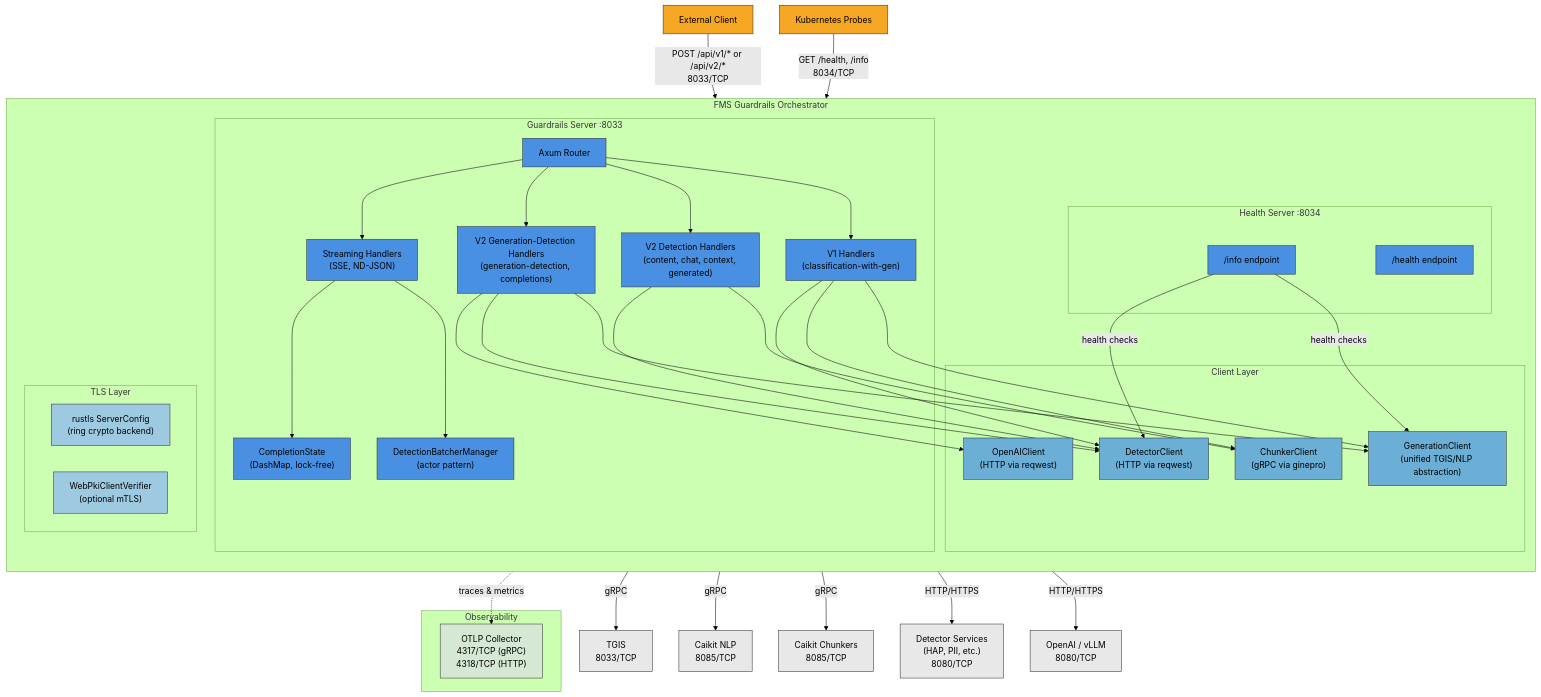
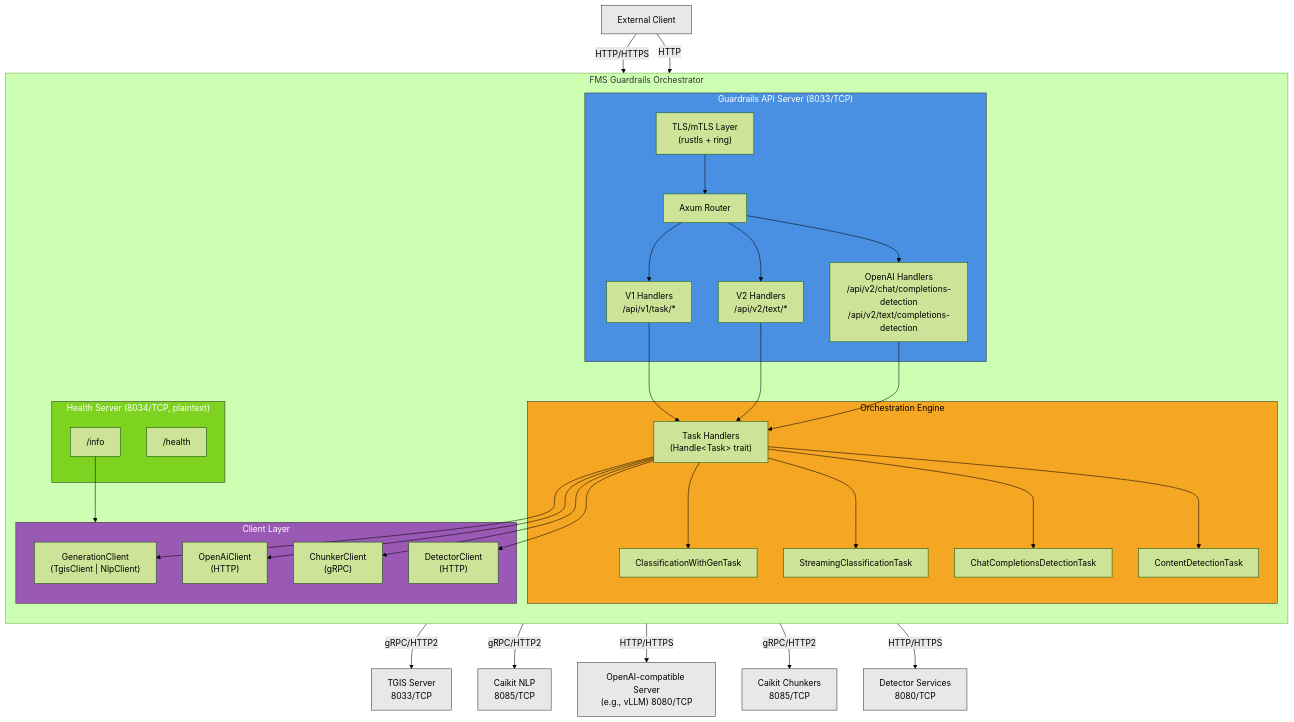
Before and after one commit to rhuss/architecture-context: the diagram in architecture/rhoai.next/diagrams/fms-guardrails-orchestrator-component.mmd, drawn with Mermaid (forest theme). The commit also changed 1834 other files, not shown here.

Commit message:
regenerate architecture for rhoai.next and rhoai-3.4 (#20)

```diff
--- a/architecture/rhoai.next/diagrams/fms-guardrails-orchestrator-component.mmd
+++ b/architecture/rhoai.next/diagrams/fms-guardrails-orchestrator-component.mmd
@@ -1,87 +1,68 @@
 graph TB
     subgraph "FMS Guardrails Orchestrator"
         direction TB
-        subgraph "Guardrails Server :8033"
+        subgraph MainServer["Guardrails API Server (8033/TCP)"]
             Router[Axum Router]
-            V1Handler["V1 Handlers<br/>(classification-with-gen)"]
-            V2DetHandler["V2 Detection Handlers<br/>(content, chat, context, generated)"]
-            V2GenHandler["V2 Generation-Detection Handlers<br/>(generation-detection, completions)"]
-            StreamHandler["Streaming Handlers<br/>(SSE, ND-JSON)"]
-            DetectionBatcher["DetectionBatcherManager<br/>(actor pattern)"]
-            CompletionState["CompletionState<br/>(DashMap, lock-free)"]
-
+            V1Handler["V1 Handlers<br/>/api/v1/task/*"]
+            V2Handler["V2 Handlers<br/>/api/v2/text/*"]
+            OpenAIHandler["OpenAI Handlers<br/>/api/v2/chat/completions-detection<br/>/api/v2/text/completions-detection"]
+            TLSLayer["TLS/mTLS Layer<br/>(rustls + ring)"]
             Router --> V1Handler
-            Router --> V2DetHandler
-            Router --> V2GenHandler
-            Router --> StreamHandler
-            StreamHandler --> DetectionBatcher
-            StreamHandler --> CompletionState
+            Router --> V2Handler
+            Router --> OpenAIHandler
+            TLSLayer --> Router
         end
 
-        subgraph "Health Server :8034"
-            HealthEndpoint["/health endpoint"]
-            InfoEndpoint["/info endpoint"]
+        subgraph HealthServer["Health Server (8034/TCP, plaintext)"]
+            HealthEndpoint["/health"]
+            InfoEndpoint["/info"]
         end
 
-        subgraph "Client Layer"
-            GenClient["GenerationClient<br/>(unified TGIS/NLP abstraction)"]
-            ChunkerClient["ChunkerClient<br/>(gRPC via ginepro)"]
-            DetectorClient["DetectorClient<br/>(HTTP via reqwest)"]
-            OpenAIClient["OpenAIClient<br/>(HTTP via reqwest)"]
+        subgraph Orchestration["Orchestration Engine"]
+            TaskHandler["Task Handlers<br/>(Handle&lt;Task&gt; trait)"]
+            ClassTask["ClassificationWithGenTask"]
+            StreamClassTask["StreamingClassificationTask"]
+            ChatDetTask["ChatCompletionsDetectionTask"]
+            ContentDetTask["ContentDetectionTask"]
+            TaskHandler --> ClassTask
+            TaskHandler --> StreamClassTask
+            TaskHandler --> ChatDetTask
+            TaskHandler --> ContentDetTask
         end
 
-        subgraph "TLS Layer"
-            TLSConfig["rustls ServerConfig<br/>(ring crypto backend)"]
-            mTLS["WebPkiClientVerifier<br/>(optional mTLS)"]
+        subgraph Clients["Client Layer"]
+            GenClient["GenerationClient<br/>(TgisClient | NlpClient)"]
+            OpenAIClient["OpenAiClient<br/>(HTTP)"]
+            ChunkerClient["ChunkerClient<br/>(gRPC)"]
+            DetectorClient["DetectorClient<br/>(HTTP)"]
         end
 
-        V1Handler --> GenClient
-        V1Handler --> ChunkerClient
-        V1Handler --> DetectorClient
-        V2DetHandler --> ChunkerClient
-        V2DetHandler --> DetectorClient
-        V2GenHandler --> GenClient
-        V2GenHandler --> DetectorClient
-        V2GenHandler --> OpenAIClient
-        InfoEndpoint -->|health checks| GenClient
-        InfoEndpoint -->|health checks| DetectorClient
+        V1Handler --> TaskHandler
+        V2Handler --> TaskHandler
+        OpenAIHandler --> TaskHandler
+        TaskHandler --> GenClient
+        TaskHandler --> OpenAIClient
+        TaskHandler --> ChunkerClient
+        TaskHandler --> DetectorClient
+        InfoEndpoint --> Clients
     end
 
-    Client[External Client] -->|"POST /api/v1/* or /api/v2/*<br/>8033/TCP"| Router
-    K8sProbe[Kubernetes Probes] -->|"GET /health, /info<br/>8034/TCP"| HealthEndpoint
+    Client[External Client] -->|HTTP/HTTPS| TLSLayer
+    Client -->|HTTP| HealthEndpoint
 
-    GenClient -->|gRPC| TGIS["TGIS<br/>8033/TCP"]
-    GenClient -->|gRPC| CaikitNLP["Caikit NLP<br/>8085/TCP"]
-    ChunkerClient -->|gRPC| Chunkers["Caikit Chunkers<br/>8085/TCP"]
-    DetectorClient -->|HTTP/HTTPS| Detectors["Detector Services<br/>(HAP, PII, etc.)<br/>8080/TCP"]
-    OpenAIClient -->|HTTP/HTTPS| vLLM["OpenAI / vLLM<br/>8080/TCP"]
+    GenClient -->|gRPC/HTTP2| TGIS["TGIS Server<br/>8033/TCP"]
+    GenClient -->|gRPC/HTTP2| CaikitNLP["Caikit NLP<br/>8085/TCP"]
+    OpenAIClient -->|HTTP/HTTPS| vLLM["OpenAI-compatible Server<br/>(e.g., vLLM) 8080/TCP"]
+    ChunkerClient -->|gRPC/HTTP2| Chunkers["Caikit Chunkers<br/>8085/TCP"]
+    DetectorClient -->|HTTP/HTTPS| Detectors["Detector Services<br/>8080/TCP"]
 
-    subgraph "Observability"
-        OTLP["OTLP Collector<br/>4317/TCP (gRPC)<br/>4318/TCP (HTTP)"]
-    end
-
-    Router -.->|traces & metrics| OTLP
-
-    style Router fill:#4a90e2,stroke:#333
-    style V1Handler fill:#4a90e2,stroke:#333
-    style V2DetHandler fill:#4a90e2,stroke:#333
-    style V2GenHandler fill:#4a90e2,stroke:#333
-    style StreamHandler fill:#4a90e2,stroke:#333
-    style DetectionBatcher fill:#4a90e2,stroke:#333
-    style CompletionState fill:#4a90e2,stroke:#333
-    style HealthEndpoint fill:#4a90e2,stroke:#333
-    style InfoEndpoint fill:#4a90e2,stroke:#333
-    style GenClient fill:#6baed6,stroke:#333
-    style ChunkerClient fill:#6baed6,stroke:#333
-    style DetectorClient fill:#6baed6,stroke:#333
-    style OpenAIClient fill:#6baed6,stroke:#333
-    style TLSConfig fill:#9ecae1,stroke:#333
-    style mTLS fill:#9ecae1,stroke:#333
-    style Client fill:#f5a623,stroke:#333
-    style K8sProbe fill:#f5a623,stroke:#333
+    style MainServer fill:#4a90e2,stroke:#333,color:#fff
+    style HealthServer fill:#7ed321,stroke:#333,color:#fff
+    style Orchestration fill:#f5a623,stroke:#333,color:#000
+    style Clients fill:#9b59b6,stroke:#333,color:#fff
+    style Client fill:#e8e8e8,stroke:#333
     style TGIS fill:#e8e8e8,stroke:#333
     style CaikitNLP fill:#e8e8e8,stroke:#333
+    style vLLM fill:#e8e8e8,stroke:#333
     style Chunkers fill:#e8e8e8,stroke:#333
     style Detectors fill:#e8e8e8,stroke:#333
-    style vLLM fill:#e8e8e8,stroke:#333
-    style OTLP fill:#d5e8d4,stroke:#333
```
